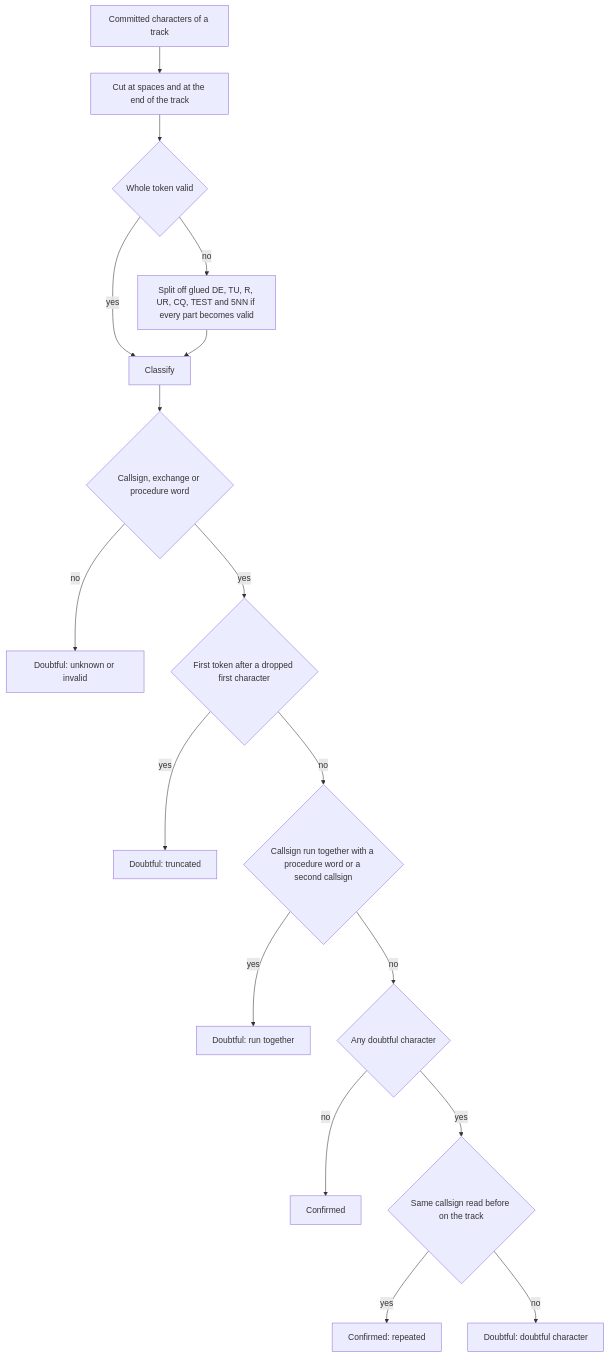
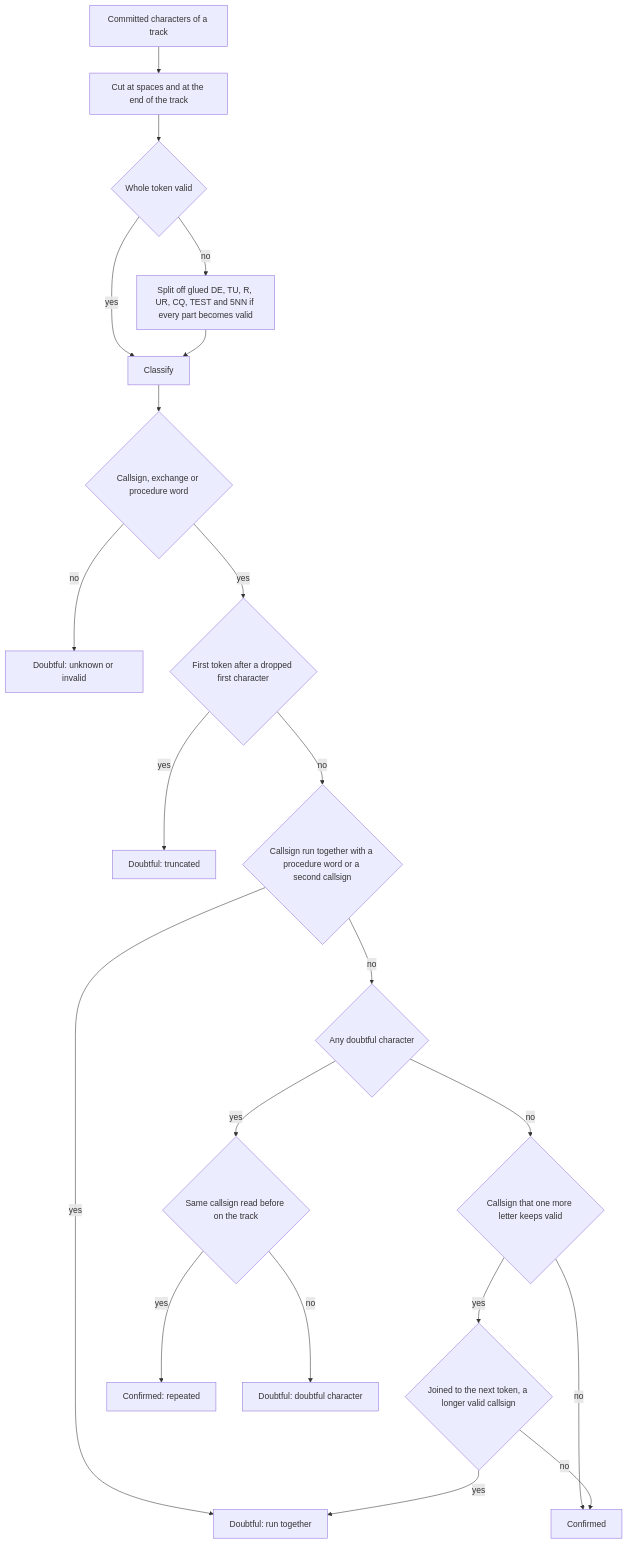
The seventh of 8 diagrams in README.md (nextzlog/rumo), drawn with Mermaid before and after one commit. The commit also changed other lines of this file and 5 other files, not shown here.

````diff
--- a/README.md
+++ b/README.md
@@ -192,19 +193,23 @@
 ```mermaid
 flowchart TD
   A[Committed characters of a track] --> B[Cut at spaces and at the end of the track]
   B --> C{Whole token valid}
   C -->|no| D[Split off glued DE, TU, R, UR, CQ, TEST and 5NN if every part becomes valid]
   C -->|yes| E[Classify]
   D --> E
   E --> F{Callsign, exchange or procedure word}
   F -->|no| U[Doubtful: unknown or invalid]
   F -->|yes| G{First token after a dropped first character}
   G -->|yes| T[Doubtful: truncated]
   G -->|no| H{Callsign run together with a procedure word or a second callsign}
   H -->|yes| R[Doubtful: run together]
   H -->|no| I{Any doubtful character}
-  I -->|no| K[Confirmed]
+  I -->|no| N{Callsign that one more letter keeps valid}
+  N -->|no| K[Confirmed]
+  N -->|yes| O{Joined to the next token, a longer valid callsign}
+  O -->|yes| R
+  O -->|no| K
   I -->|yes| J{Same callsign read before on the track}
   J -->|yes| L[Confirmed: repeated]
   J -->|no| M[Doubtful: doubtful character]
 ```
````
